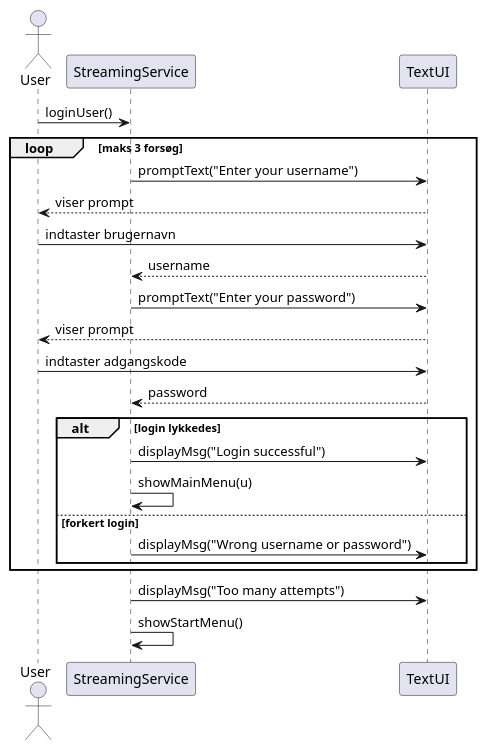
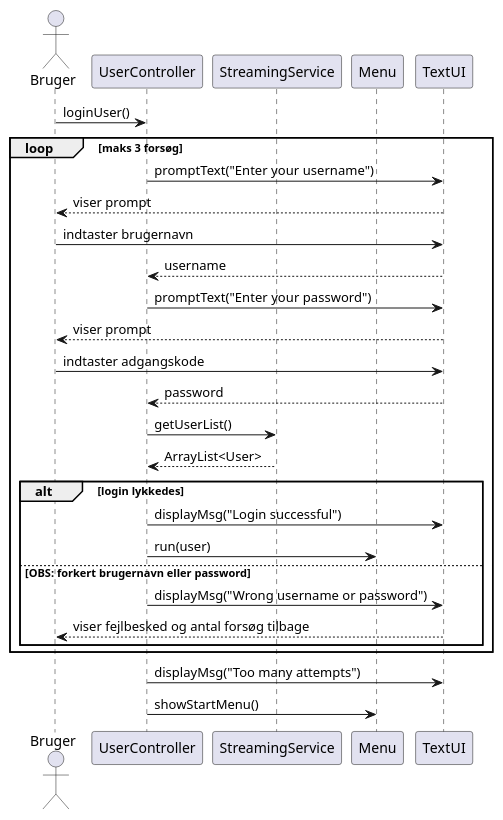
One commit to BesimaP/SP3---Streaming---Tjeneste changed the diagram in doc/dynamic/UC3 - seqeuncediagram.puml. Above: the diagram before and after it, drawn with PlantUML. The commit also changed 4 other files, not shown here.

Commit message:
sekvensdiagrammer done

```diff
--- a/doc/dynamic/UC3 - seqeuncediagram.puml
+++ b/doc/dynamic/UC3 - seqeuncediagram.puml
@@ -1,30 +1,38 @@
 @startuml
-actor User
+
+actor Bruger
+
+participant UserController
 participant StreamingService
+participant Menu
 participant TextUI
 
-User -> StreamingService : loginUser()
+Bruger -> UserController : loginUser()
 
 loop maks 3 forsøg
-    StreamingService -> TextUI : promptText("Enter your username")
-    TextUI --> User : viser prompt
-    User -> TextUI : indtaster brugernavn
-    TextUI --> StreamingService : username
+    UserController -> TextUI : promptText("Enter your username")
+    TextUI --> Bruger : viser prompt
+    Bruger -> TextUI : indtaster brugernavn
+    TextUI --> UserController : username
 
-    StreamingService -> TextUI : promptText("Enter your password")
-    TextUI --> User : viser prompt
-    User -> TextUI : indtaster adgangskode
-    TextUI --> StreamingService : password
+    UserController -> TextUI : promptText("Enter your password")
+    TextUI --> Bruger : viser prompt
+    Bruger -> TextUI : indtaster adgangskode
+    TextUI --> UserController : password
+
+    UserController -> StreamingService : getUserList()
+    StreamingService --> UserController : ArrayList<User>
 
     alt login lykkedes
-        StreamingService -> TextUI : displayMsg("Login successful")
-        StreamingService -> StreamingService : showMainMenu(u)
-    else forkert login
-        StreamingService -> TextUI : displayMsg("Wrong username or password")
+        UserController -> TextUI : displayMsg("Login successful")
+        UserController -> Menu : run(user)
+    else OBS: forkert brugernavn eller password
+        UserController -> TextUI : displayMsg("Wrong username or password")
+        TextUI --> Bruger : viser fejlbesked og antal forsøg tilbage
     end
 end
 
-StreamingService -> TextUI : displayMsg("Too many attempts")
-StreamingService -> StreamingService : showStartMenu()
+UserController -> TextUI : displayMsg("Too many attempts")
+UserController -> Menu : showStartMenu()
 
 @enduml
```
